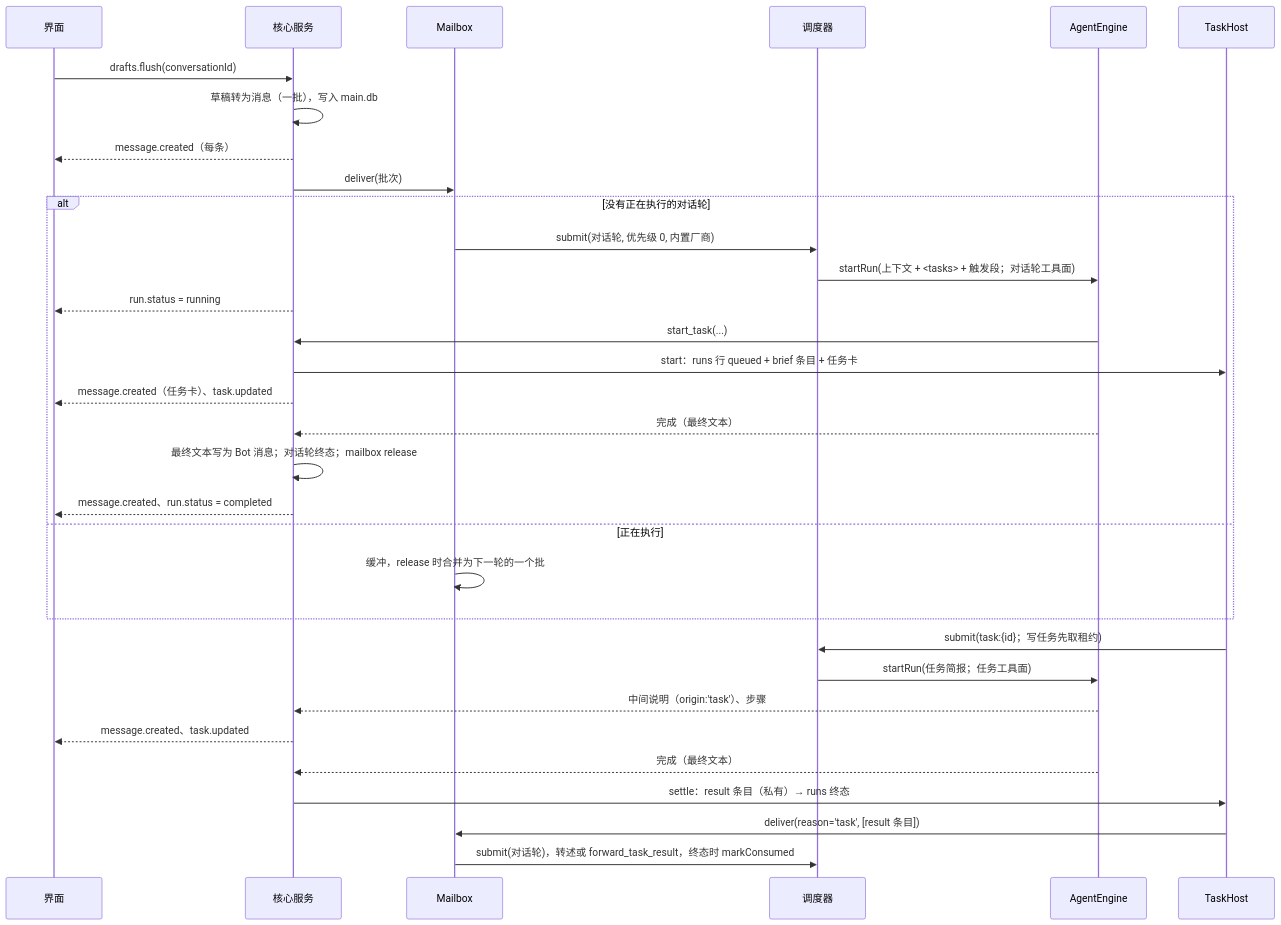
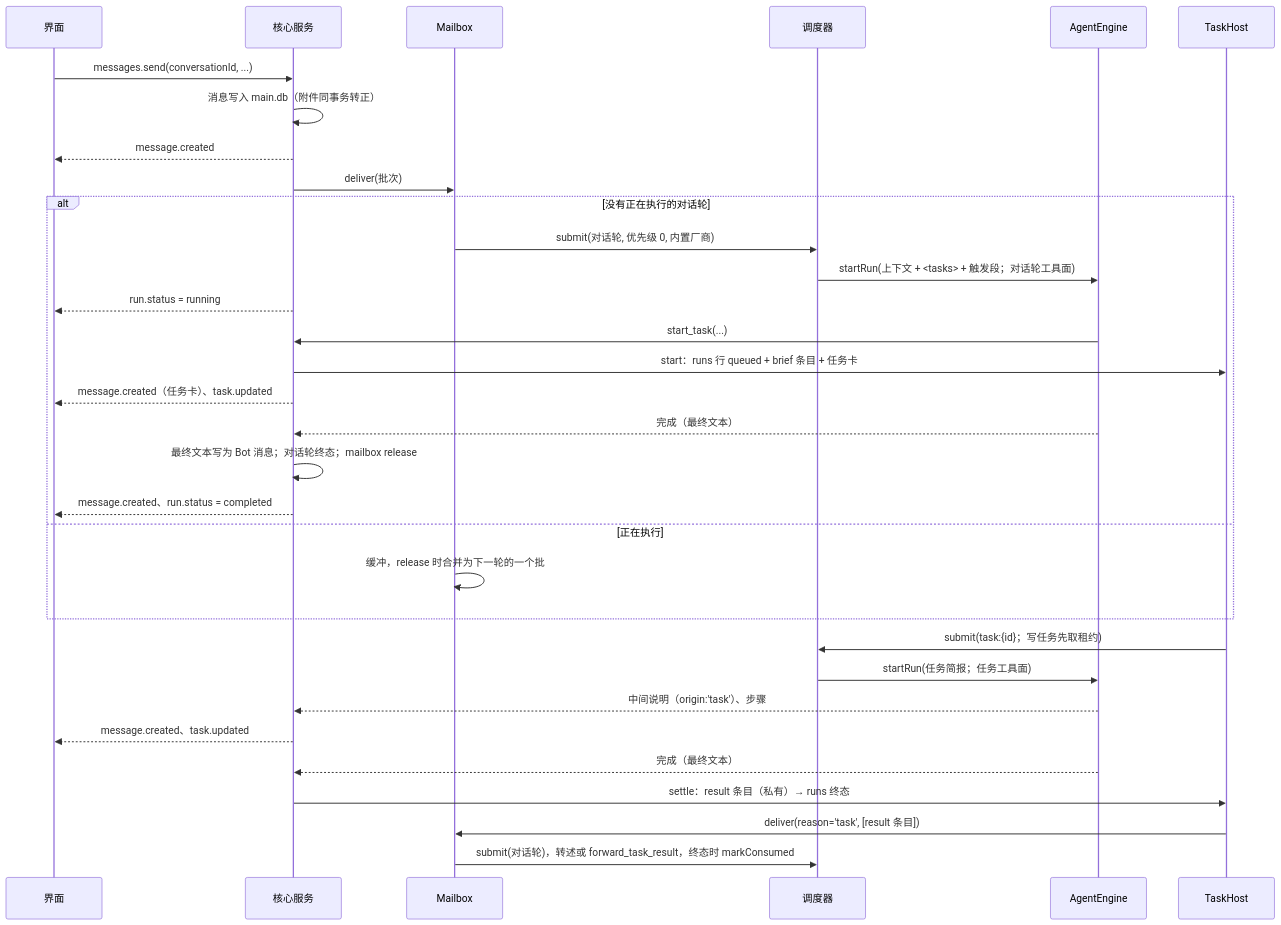
The second of 3 diagrams in docs/dev/02-architecture.md (jooler/kepcup), drawn with Mermaid before and after one commit. The commit also changed other lines of this file and 51 other files, not shown here.

````diff
--- a/docs/dev/02-architecture.md
+++ b/docs/dev/02-architecture.md
@@ -351,34 +351,34 @@
 ```mermaid
 sequenceDiagram
   participant U as 界面
   participant C as 核心服务
   participant MB as Mailbox
   participant S as 调度器
   participant E as AgentEngine
   participant T as TaskHost
-  U->>C: drafts.flush(conversationId)
-  C->>C: 草稿转为消息（一批），写入 main.db
-  C-->>U: message.created（每条）
+  U->>C: messages.send(conversationId, ...)
+  C->>C: 消息写入 main.db（附件同事务转正）
+  C-->>U: message.created
   C->>MB: deliver(批次)
   alt 没有正在执行的对话轮
     MB->>S: submit(对话轮, 优先级 0, 内置厂商)
     S->>E: startRun(上下文 + <tasks> + 触发段；对话轮工具面)
     C-->>U: run.status = running
     E->>C: start_task(...)
     C->>T: start：runs 行 queued + brief 条目 + 任务卡
     C-->>U: message.created（任务卡）、task.updated
     E-->>C: 完成（最终文本）
     C->>C: 最终文本写为 Bot 消息；对话轮终态；mailbox release
     C-->>U: message.created、run.status = completed
   else 正在执行
     MB->>MB: 缓冲，release 时合并为下一轮的一个批
   end
   T->>S: submit(task:{id}；写任务先取租约)
   S->>E: startRun(任务简报；任务工具面)
   E-->>C: 中间说明（origin:'task'）、步骤
   C-->>U: message.created、task.updated
   E-->>C: 完成（最终文本）
   C->>T: settle：result 条目（私有）→ runs 终态
   T->>MB: deliver(reason='task', [result 条目])
   MB->>S: submit(对话轮)，转述或 forward_task_result，终态时 markConsumed
 ```
````
